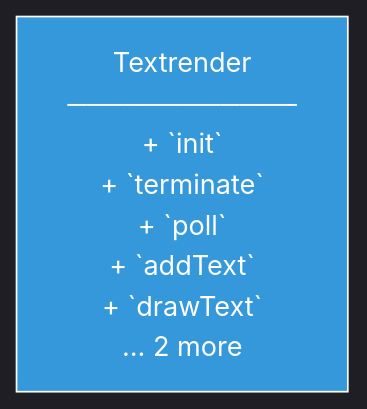
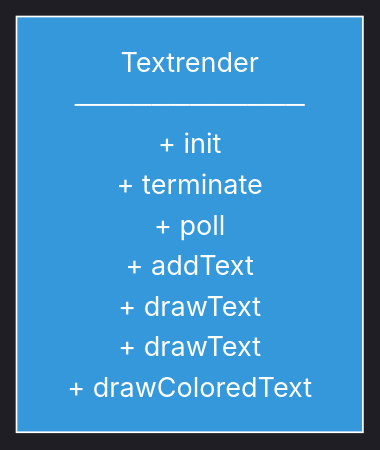
The diagram in docs/authoring/01_core/api/cpp/framework/diagrams/textrender.mmd (lukaszj321/otcv8-dev), drawn with Mermaid before and after one commit. The commit also changed 62 other files, not shown here.

First line of the commit message:
Fix comment spacing and expand truncated diagrams

```diff
--- a/docs/authoring/01_core/api/cpp/framework/diagrams/textrender.mmd
+++ b/docs/authoring/01_core/api/cpp/framework/diagrams/textrender.mmd
@@ -1,5 +1,5 @@
 %%{init: {'theme':'dark','themeVariables': {'primaryTextColor':'#ddd','lineColor':'#9aa0a6'}, 'securityLevel':'loose'}}%%
 graph TD
     classDef api fill:#3498db,stroke:#fff,color:#fff;
     
-    Textrender["Textrender<br/>────────────<br/>+ `init`<br/>+ `terminate`<br/>+ `poll`<br/>+ `addText`<br/>+ `drawText`<br/>... 2 more<br/>"]:::api
+    Textrender["Textrender<br/>────────────<br/>+ init<br/>+ terminate<br/>+ poll<br/>+ addText<br/>+ drawText<br/>+ drawText<br/>+ drawColoredText<br/>"]:::api
```
